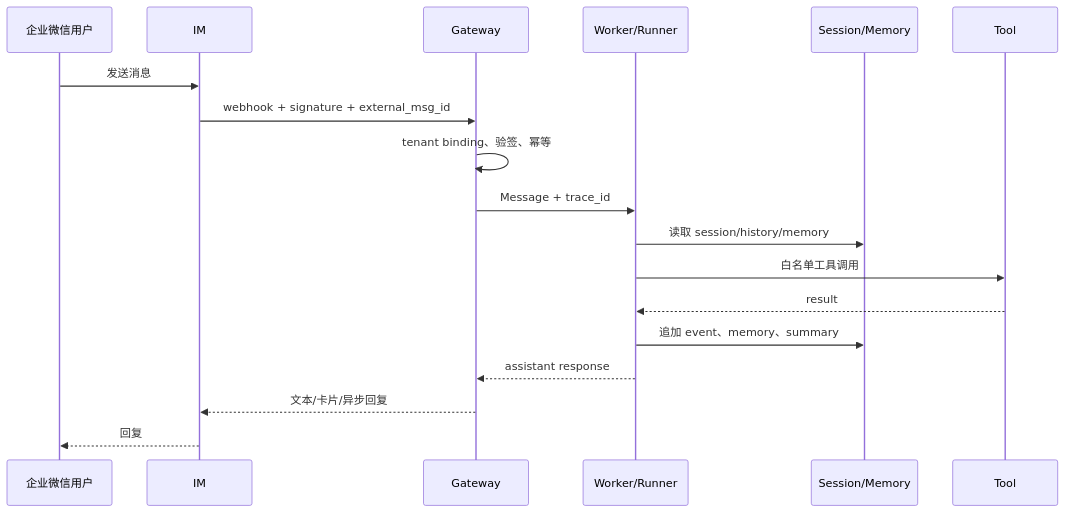
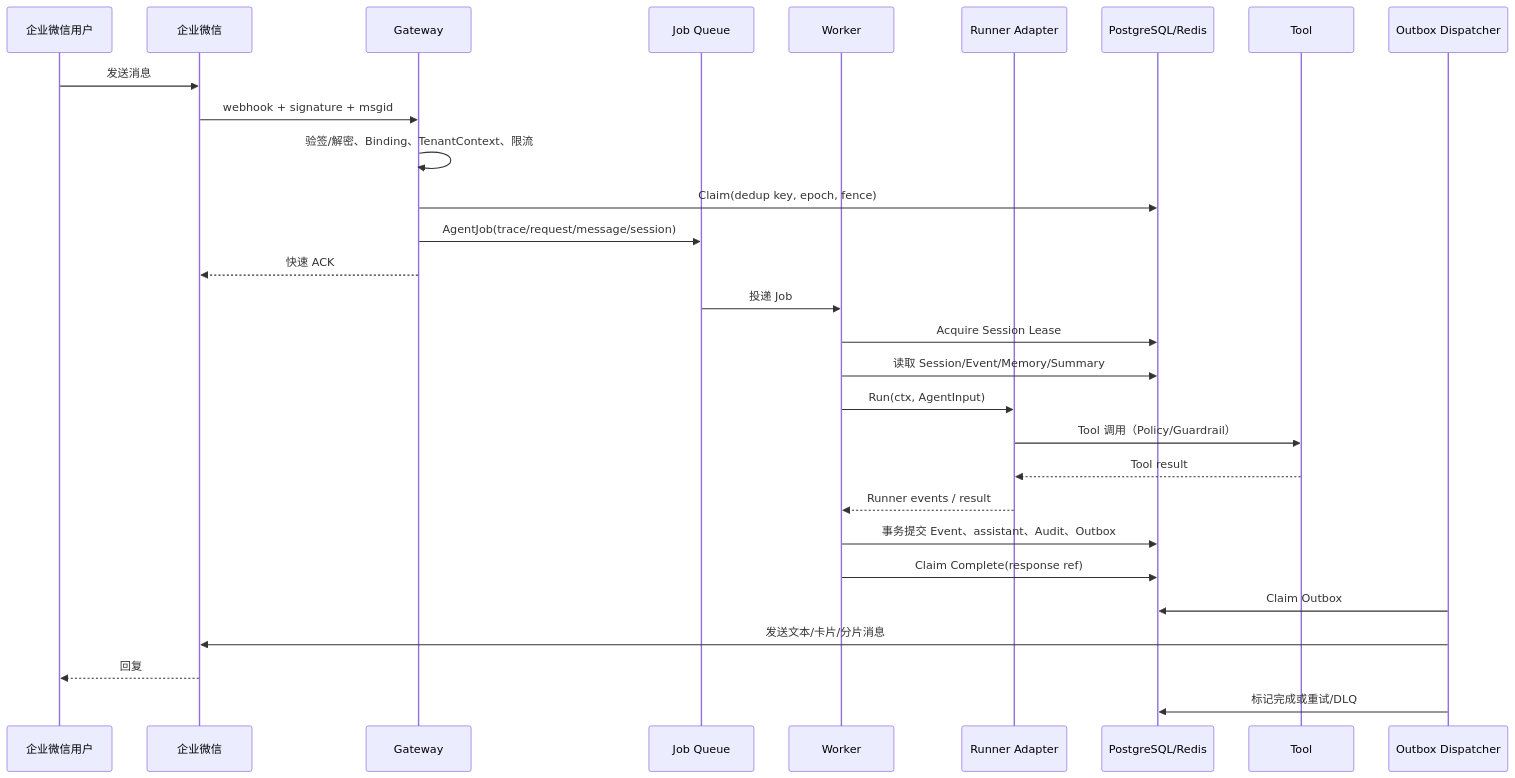
Before and after one commit to liuzengh/trpc-agent-service: the second of 2 diagrams in docs/ARCHITECTURE.md, drawn with Mermaid. The commit also changed other lines of this file and 3 other files, not shown here.

````diff
--- a/docs/ARCHITECTURE.md
+++ b/docs/ARCHITECTURE.md
@@ -67,20 +161,32 @@
 ```mermaid
 sequenceDiagram
-  participant U as 企业微信用户
-  participant I as IM
-  participant G as Gateway
-  participant W as Worker/Runner
-  participant D as Session/Memory
-  participant T as Tool
-  U->>I: 发送消息
-  I->>G: webhook + signature + external_msg_id
-  G->>G: tenant binding、验签、幂等
-  G->>W: Message + trace_id
-  W->>D: 读取 session/history/memory
-  W->>T: 白名单工具调用
-  T-->>W: result
-  W->>D: 追加 event、memory、summary
-  W-->>G: assistant response
-  G-->>I: 文本/卡片/异步回复
-  I-->>U: 回复
+    participant U as 企业微信用户
+    participant I as 企业微信
+    participant G as Gateway
+    participant Q as Job Queue
+    participant W as Worker
+    participant R as Runner Adapter
+    participant D as PostgreSQL/Redis
+    participant T as Tool
+    participant O as Outbox Dispatcher
+
+    U->>I: 发送消息
+    I->>G: webhook + signature + msgid
+    G->>G: 验签/解密、Binding、TenantContext、限流
+    G->>D: Claim(dedup key, epoch, fence)
+    G->>Q: AgentJob(trace/request/message/session)
+    G-->>I: 快速 ACK
+    Q->>W: 投递 Job
+    W->>D: Acquire Session Lease
+    W->>D: 读取 Session/Event/Memory/Summary
+    W->>R: Run(ctx, AgentInput)
+    R->>T: Tool 调用（Policy/Guardrail）
+    T-->>R: Tool result
+    R-->>W: Runner events / result
+    W->>D: 事务提交 Event、assistant、Audit、Outbox
+    W->>D: Claim Complete(response ref)
+    O->>D: Claim Outbox
+    O->>I: 发送文本/卡片/分片消息
+    I-->>U: 回复
+    O->>D: 标记完成或重试/DLQ
 ```
````
